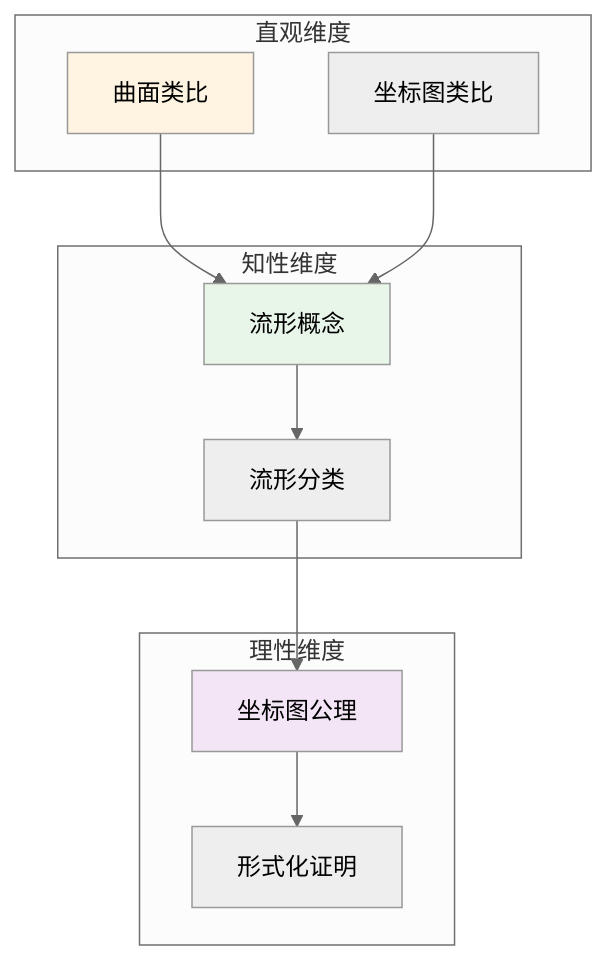
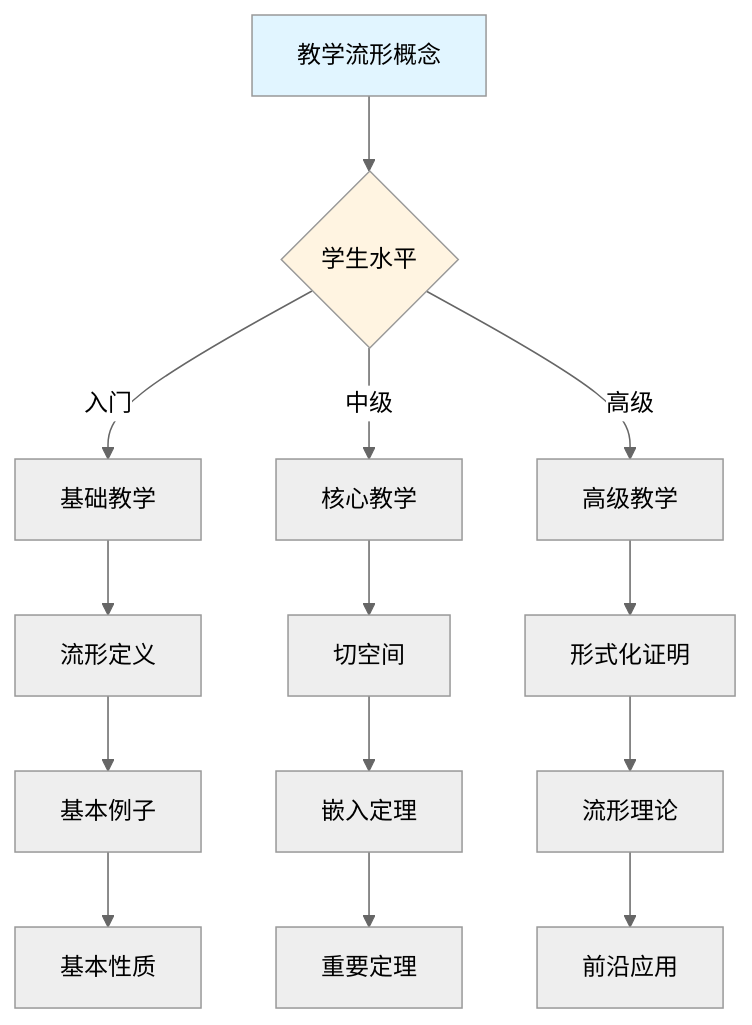
Diagram 11 of 11 in concept/核心概念/18-流形.md (AdaMartin18010/FormalMath), drawn with Mermaid (neutral theme) before and after one commit. The commit also changed other lines of this file and 4793 other files, not shown here.

````diff
--- a/concept/核心概念/18-流形.md
+++ b/concept/核心概念/18-流形.md
@@ -755,27 +2576,22 @@
 ```mermaid
-graph TB
-    subgraph 直观维度
-        A1[曲面类比]
-        A2[坐标图类比]
-    end
+graph TD
+    A[教学流形概念] --> B{学生水平}
+    B -->|入门| C[基础教学]
+    B -->|中级| D[核心教学]
+    B -->|高级| E[高级教学]
 
-    subgraph 知性维度
-        B1[流形概念]
-        B2[流形分类]
-    end
+    C --> C1[流形定义]
+    C1 --> C2[基本例子]
+    C2 --> C3[基本性质]
 
-    subgraph 理性维度
-        C1[坐标图公理]
-        C2[形式化证明]
-    end
+    D --> D1[切空间]
+    D1 --> D2[嵌入定理]
+    D2 --> D3[重要定理]
 
-    A1 --> B1
-    A2 --> B1
-    B1 --> B2
-    B2 --> C1
-    C1 --> C2
+    E --> E1[形式化证明]
+    E1 --> E2[流形理论]
+    E2 --> E3[前沿应用]
 
-    style A1 fill:#fff4e1
-    style B1 fill:#e8f5e9
-    style C1 fill:#f3e5f5
+    style A fill:#e1f5ff
+    style B fill:#fff4e1
 ```
````
